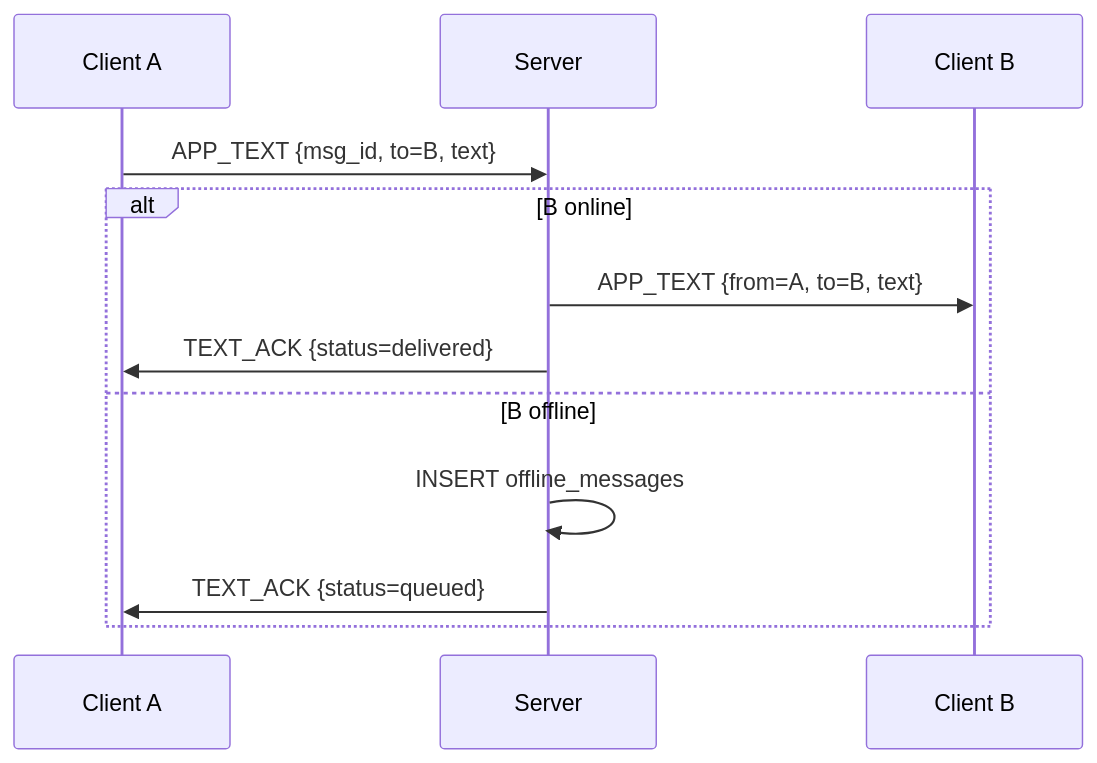
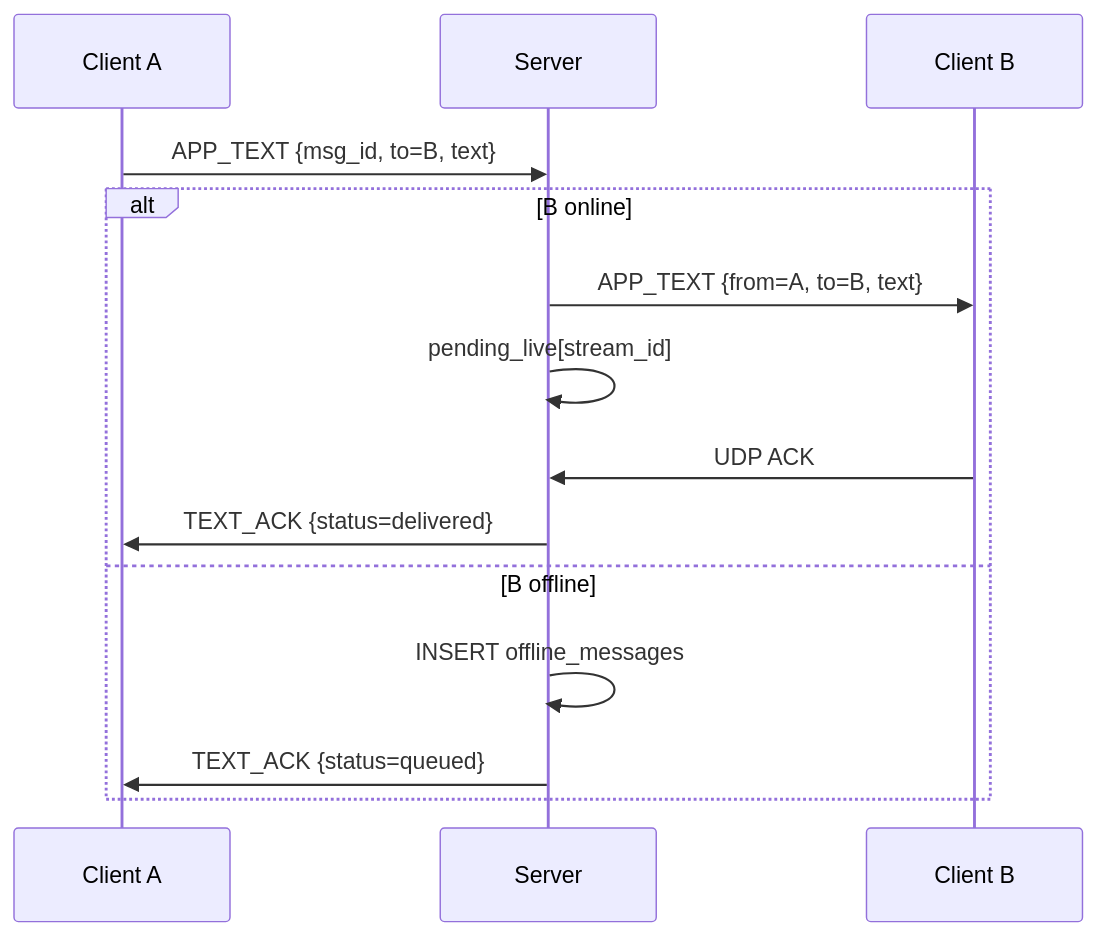
One commit to kien17/BTL-MMT changed the fifth of 6 diagrams in docs/architecture.md. Above: the diagram before and after it, drawn with Mermaid. The commit also changed other lines of this file and 14 other files, not shown here.

Commit message:
hoàn thiện flow control, BBR và offline broadcast

````diff
--- a/docs/architecture.md
+++ b/docs/architecture.md
@@ -289,14 +290,16 @@
 ```mermaid
 sequenceDiagram
     participant A as Client A
     participant S as Server
     participant B as Client B
     A->>S: APP_TEXT {msg_id, to=B, text}
     alt B online
         S->>B: APP_TEXT {from=A, to=B, text}
+        S->>S: pending_live[stream_id]
+        B->>S: UDP ACK
         S->>A: TEXT_ACK {status=delivered}
     else B offline
         S->>S: INSERT offline_messages
         S->>A: TEXT_ACK {status=queued}
     end
 ```
````
